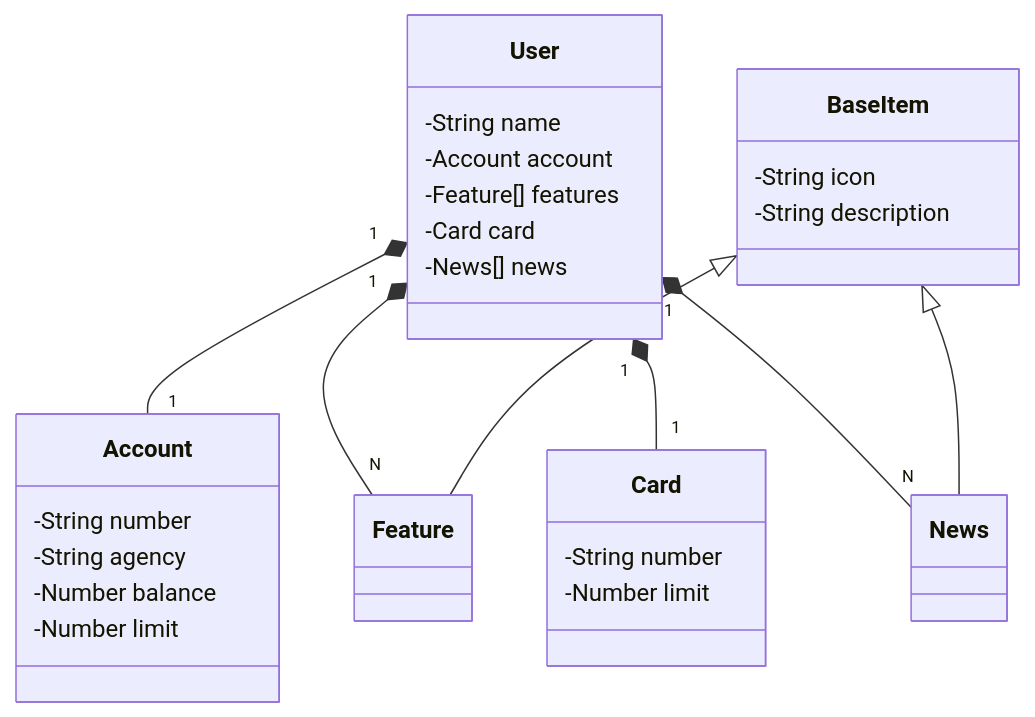
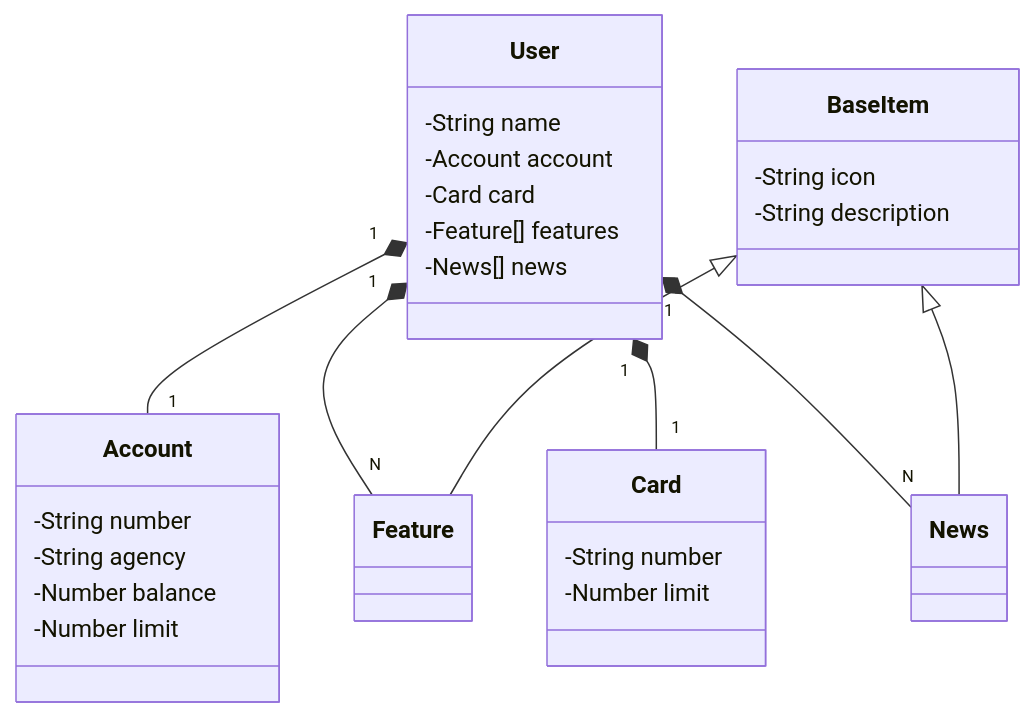
The diagram in README.md (Sam09040/santander-dev-week-23), drawn with Mermaid before and after one commit.

Commit message:
Consertando diagrama 2

````diff
--- a/README.md
+++ b/README.md
@@ -6,42 +6,42 @@
 ```mermaid
 classDiagram
     class User {
         -String name
         -Account account
+        -Card card
         -Feature[] features
-        -Card card
         -News[] news
     }
 
     class Account {
         -String number
         -String agency
         -Number balance
         -Number limit
     }
 
     class BaseItem {
         -String icon
         -String description
     }
 
     class Card {
         -String number
         -Number limit
     }
-    
+
     class Feature {
         
     }
 
     class News {
         
     }
 
     User "1" *-- "1" Account
     User "1" *-- "N" Feature
     User "1" *-- "1" Card
     User "1" *-- "N" News
     BaseItem <|-- Feature
     BaseItem <|-- News
 ```
````
